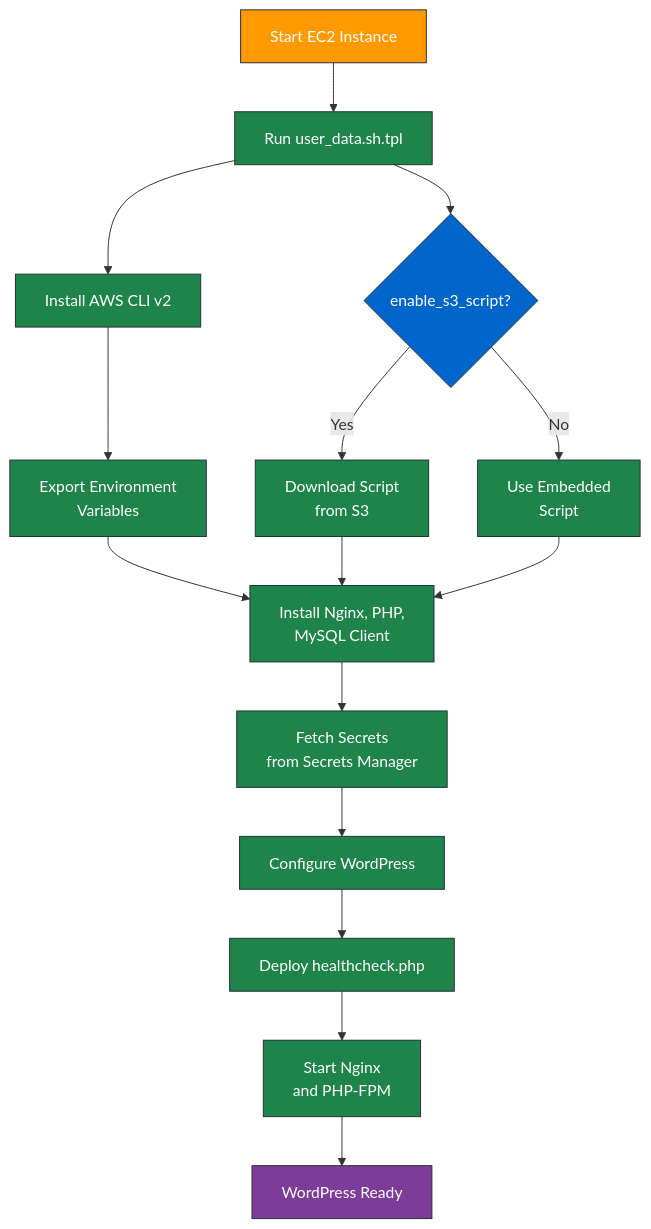
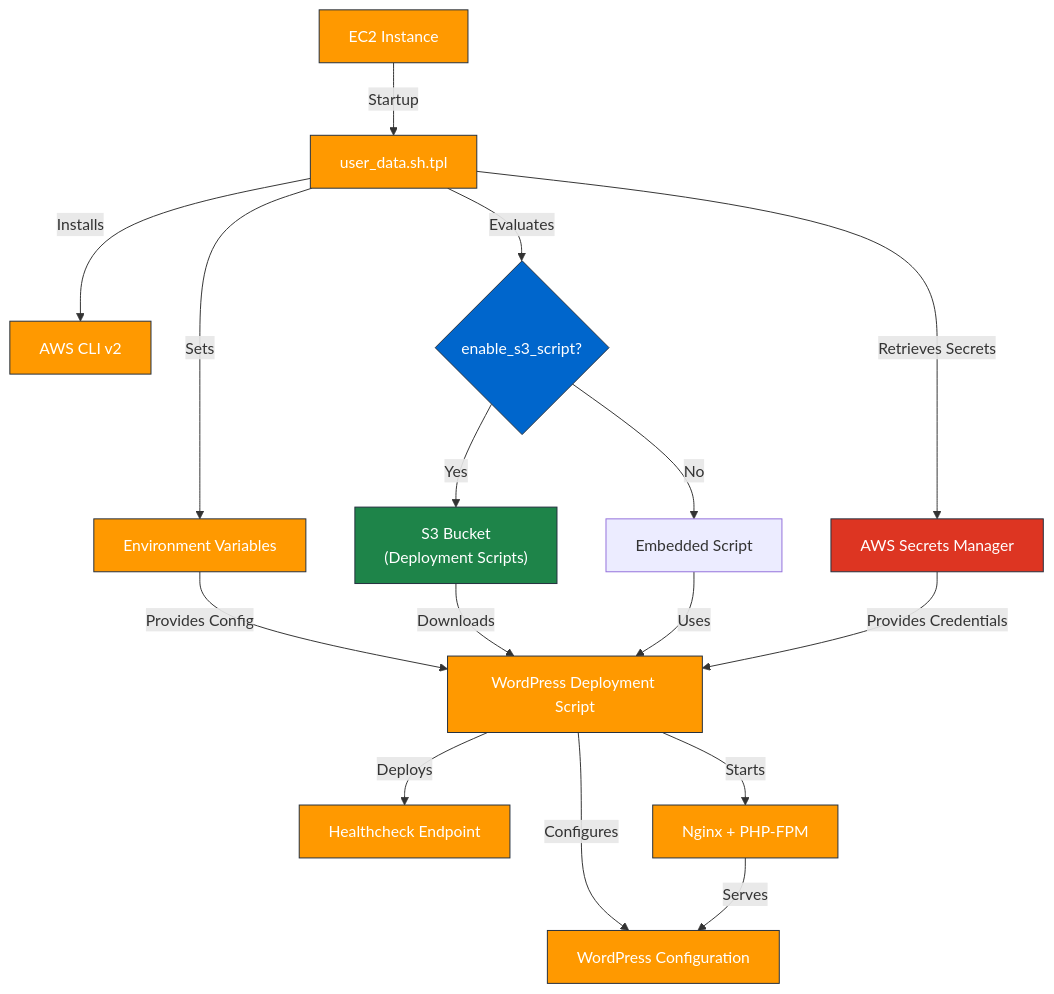
One commit to hetmanskyi-cloud/AWS changed the diagram in terraform/templates/README.md. Above: the diagram before and after it, drawn with Mermaid. The commit also changed other lines of this file and 1 other file, not shown here.

````diff
--- a/terraform/templates/README.md
+++ b/terraform/templates/README.md
@@ -17,32 +26,52 @@
 ```mermaid
 graph TD
-  %% Main Execution Steps
-  A["Start EC2 Instance"] --> B["Run user_data.sh.tpl"]
-  B --> C["Install AWS CLI v2"]
-  C --> D["Export Environment<br>Variables"]
-  D --> E["Install Nginx, PHP,<br>MySQL Client"]
-  E --> F["Fetch Secrets<br>from Secrets Manager"]
-  F --> G["Configure WordPress"]
-  G --> H["Deploy healthcheck.php"]
-  H --> I["Start Nginx<br>and PHP-FPM"]
-  I --> J["WordPress Ready"]
+  %% Main Components
+  EC2["EC2 Instance"]
+  UserData["user_data.sh.tpl"]
+  AWSCLI["AWS CLI v2"]
+  EnvVars["Environment Variables"]
+  SecretsManager["AWS Secrets Manager"]
+  WPScript["WordPress Deployment Script"]
+  WordPress["WordPress Configuration"]
+  Healthcheck["Healthcheck Endpoint"]
+  WebServer["Nginx + PHP-FPM"]
   
-  %% Conditional Flow for Script Source
-  B --> B1{"enable_s3_script?"}
-  B1 -->|"Yes"| B2["Download Script<br>from S3"]
-  B1 -->|"No"| B3["Use Embedded<br>Script"]
-  B2 --> E
-  B3 --> E
+  %% S3 Components
+  S3Script["S3 Bucket<br>(Deployment Scripts)"]
+  
+  %% Conditional Components
+  ScriptDecision{"enable_s3_script?"}
+  EmbeddedScript["Embedded Script"]
+  
+  %% Main Flow
+  EC2 -->|"Startup"| UserData
+  UserData -->|"Installs"| AWSCLI
+  UserData -->|"Sets"| EnvVars
+  EnvVars -->|"Provides Config"| WPScript
+  UserData -->|"Evaluates"| ScriptDecision
+  
+  ScriptDecision -->|"Yes"| S3Script
+  ScriptDecision -->|"No"| EmbeddedScript
+  S3Script -->|"Downloads"| WPScript
+  EmbeddedScript -->|"Uses"| WPScript
+  
+  UserData -->|"Retrieves Secrets"| SecretsManager
+  SecretsManager -->|"Provides Credentials"| WPScript
+  
+  WPScript -->|"Configures"| WordPress
+  WPScript -->|"Deploys"| Healthcheck
+  WPScript -->|"Starts"| WebServer
+  WebServer -->|"Serves"| WordPress
   
   %% Styling
-  classDef start fill:#FF9900,stroke:#232F3E,color:white
-  classDef process fill:#1E8449,stroke:#232F3E,color:white
+  classDef compute fill:#FF9900,stroke:#232F3E,color:white
+  classDef storage fill:#1E8449,stroke:#232F3E,color:white
+  classDef security fill:#DD3522,stroke:#232F3E,color:white
   classDef decision fill:#0066CC,stroke:#232F3E,color:white
-  classDef endstate fill:#7D3C98,stroke:#232F3E,color:white
+  classDef service fill:#7D3C98,stroke:#232F3E,color:white
   
-  class A start
-  class B,C,D,E,F,G,H,I process
-  class B1 decision
-  class J endstate
-  class B2,B3 process
+  class EC2,UserData,AWSCLI,EnvVars,WPScript,WordPress,Healthcheck,WebServer compute
+  class S3Script storage
+  class SecretsManager security
+  class ScriptDecision decision
 ```
````
